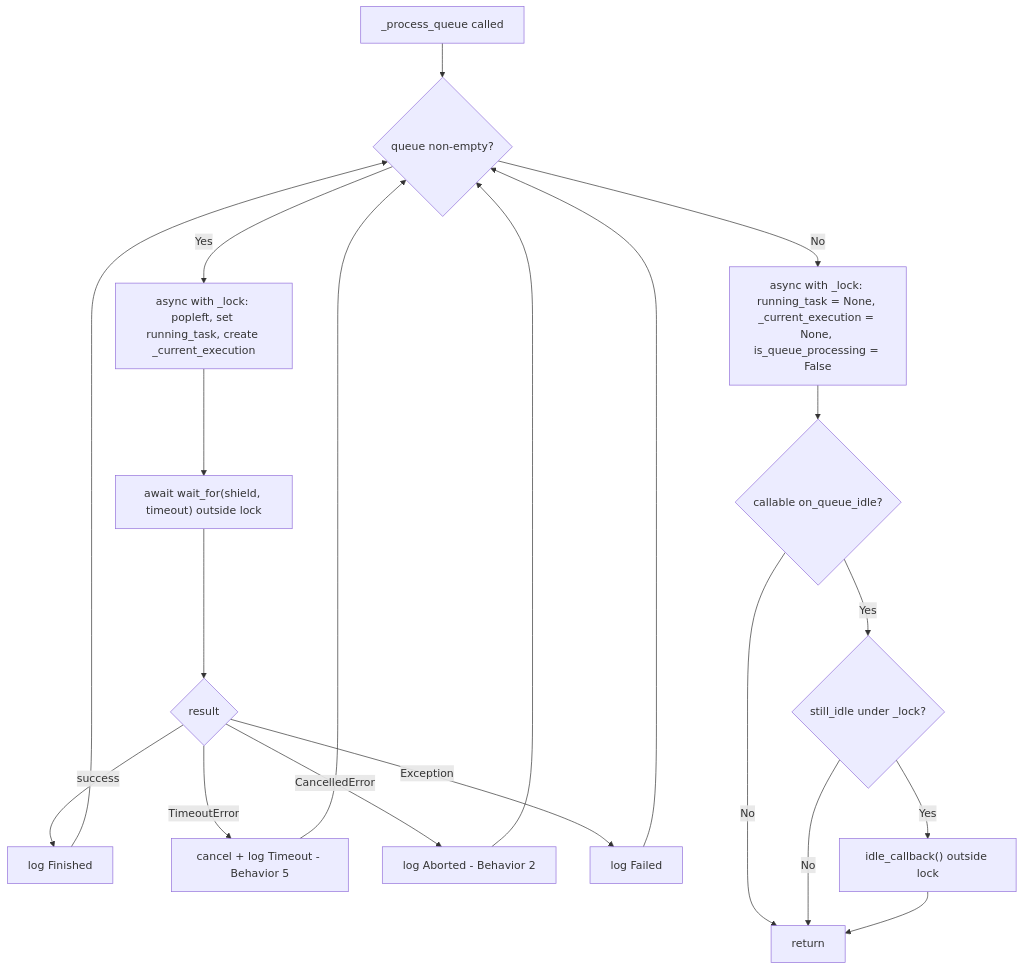
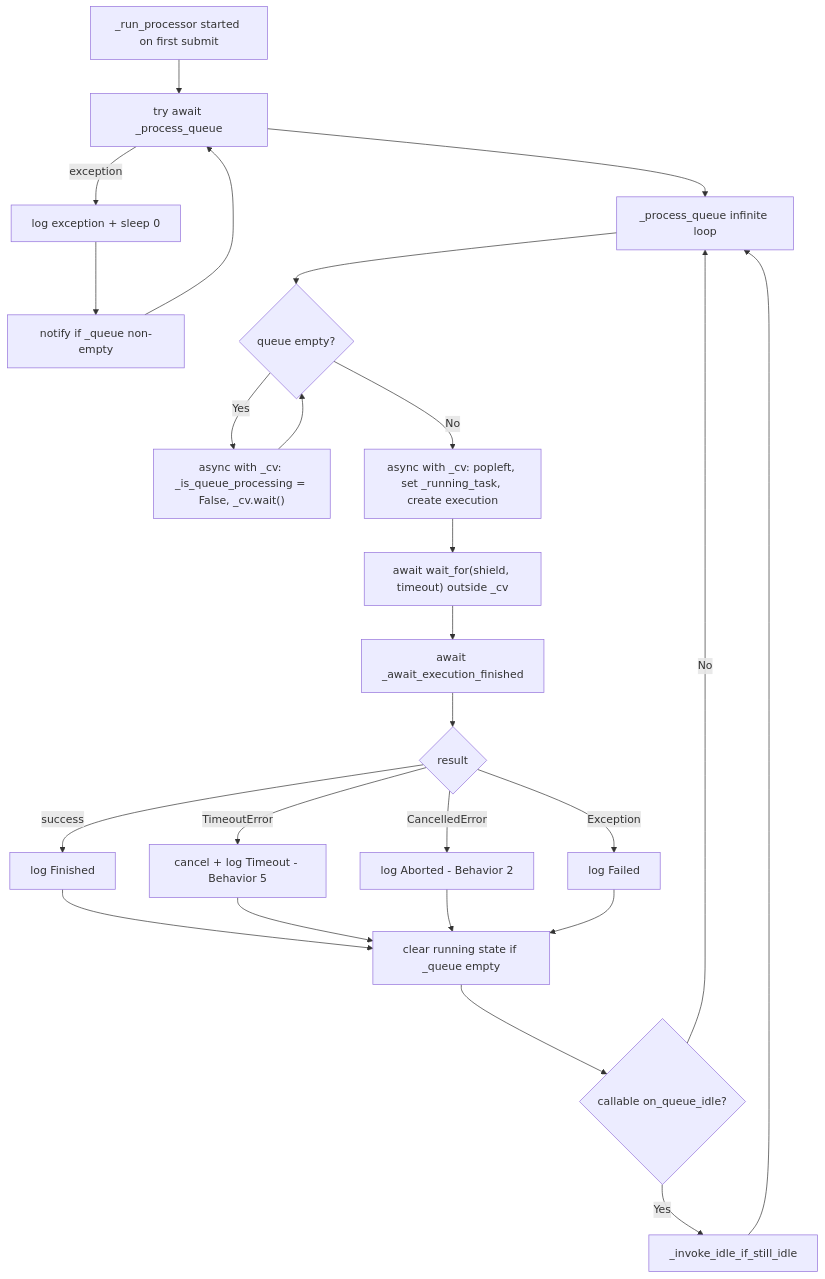
The fourth of 9 diagrams in .cursor/plans/system_architecture_workflow_b2d79ca7.plan.md (scoville/test_filter_queue), drawn with Mermaid before and after one commit. The commit also changed other lines of this file and 2 other files, not shown here.

````diff
--- a/.cursor/plans/system_architecture_workflow_b2d79ca7.plan.md
+++ b/.cursor/plans/system_architecture_workflow_b2d79ca7.plan.md
@@ -164,22 +196,27 @@
 ```mermaid
 flowchart TD
-    Start[_process_queue called] --> Loop{queue non-empty?}
-    Loop -->|Yes| LockPop["async with _lock: popleft, set running_task, create _current_execution"]
-    LockPop --> Wait["await wait_for(shield, timeout) outside lock"]
-    Wait --> Outcome{result}
+    Start[_run_processor started on first submit] --> TryLoop[try await _process_queue]
+    TryLoop -->|exception| LogCrash[log exception + sleep 0]
+    LogCrash --> NotifyIfWork[notify if _queue non-empty]
+    NotifyIfWork --> TryLoop
+    TryLoop --> Inner[_process_queue infinite loop]
+    Inner --> WaitEmpty{queue empty?}
+    WaitEmpty -->|Yes| Block["async with _cv: _is_queue_processing = False, _cv.wait()"]
+    Block --> WaitEmpty
+    WaitEmpty -->|No| LockPop["async with _cv: popleft, set _running_task, create execution"]
+    LockPop --> Wait["await wait_for(shield, timeout) outside _cv"]
+    Wait --> Join[await _await_execution_finished]
+    Join --> Outcome{result}
     Outcome -->|success| LogDone[log Finished]
     Outcome -->|TimeoutError| LogTimeout[cancel + log Timeout - Behavior 5]
     Outcome -->|CancelledError| LogAbort[log Aborted - Behavior 2]
     Outcome -->|Exception| LogError[log Failed]
-    LogDone --> Loop
-    LogTimeout --> Loop
-    LogAbort --> Loop
-    LogError --> Loop
-    Loop -->|No| Reset["async with _lock: running_task = None, _current_execution = None, is_queue_processing = False"]
-    Reset --> IdleCheck{callable on_queue_idle?}
-    IdleCheck -->|No| Done[return]
-    IdleCheck -->|Yes| StillIdle{still_idle under _lock?}
-    StillIdle -->|No| Done
-    StillIdle -->|Yes| Invoke["idle_callback() outside lock"]
-    Invoke --> Done
+    LogDone --> ClearIfEmpty[clear running state if _queue empty]
+    LogTimeout --> ClearIfEmpty
+    LogAbort --> ClearIfEmpty
+    LogError --> ClearIfEmpty
+    ClearIfEmpty --> IdleCheck{callable on_queue_idle?}
+    IdleCheck -->|Yes| InvokeIdle[_invoke_idle_if_still_idle]
+    IdleCheck -->|No| Inner
+    InvokeIdle --> Inner
 ```
````
